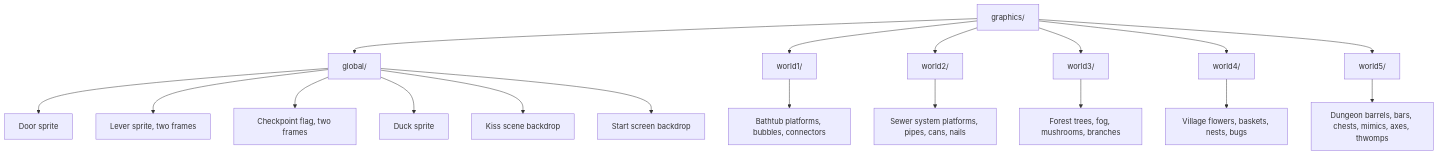
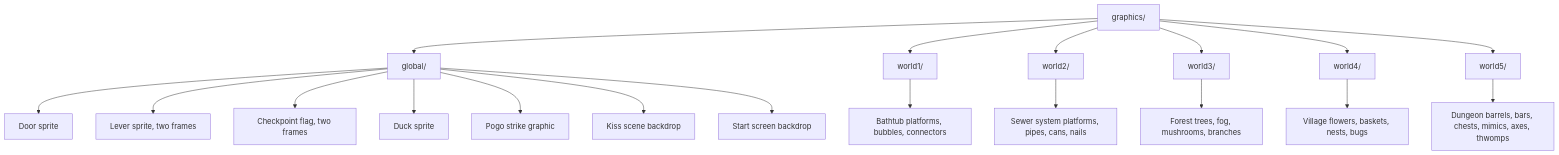
The first of 3 diagrams in docs/asset-management.md (gba-projekt-thi/platformer), drawn with Mermaid before and after one commit. The commit also changed other lines of this file and 4 other files, not shown here.

````diff
--- a/docs/asset-management.md
+++ b/docs/asset-management.md
@@ -16,20 +16,21 @@
 ```mermaid
 graph TD
     G[graphics/] --> Glob[global/]
     G --> W1[world1/]
     G --> W2[world2/]
     G --> W3[world3/]
     G --> W4[world4/]
     G --> W5[world5/]
     Glob --> Door[Door sprite]
     Glob --> Lever[Lever sprite, two frames]
     Glob --> Flag[Checkpoint flag, two frames]
     Glob --> Duck[Duck sprite]
+    Glob --> Pogo[Pogo strike graphic]
     Glob --> Kiss[Kiss scene backdrop]
     Glob --> Start[Start screen backdrop]
     W1 --> T1[Bathtub platforms, bubbles, connectors]
     W2 --> T2[Sewer system platforms, pipes, cans, nails]
     W3 --> T3[Forest trees, fog, mushrooms, branches]
     W4 --> T4[Village flowers, baskets, nests, bugs]
     W5 --> T5[Dungeon barrels, bars, chests, mimics, axes, thwomps]
 ```
````
